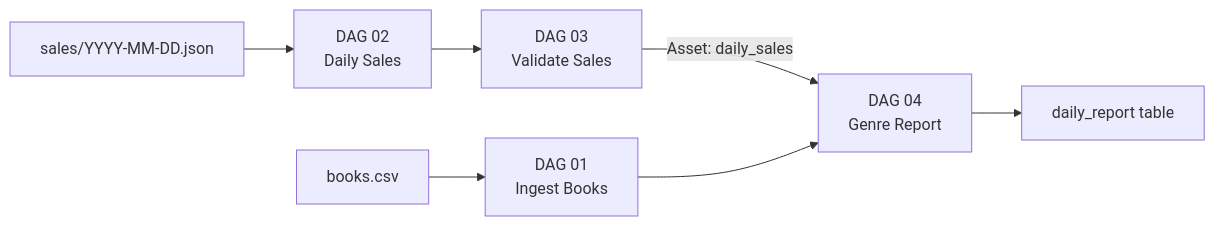
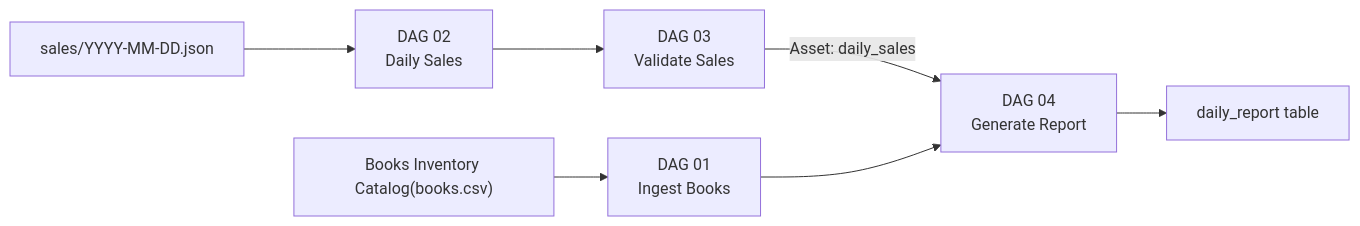
The diagram in slides/pages/intro.md (thelearningdev/airlfow-workshop), drawn with Mermaid before and after one commit. The commit also changed other lines of this file and 30 other files, not shown here.

````diff
--- a/slides/pages/intro.md
+++ b/slides/pages/intro.md
@@ -102,9 +102,9 @@
 ```mermaid
 flowchart LR
-    A["books.csv"] --> D1["DAG 01\nIngest Books"]
+    A["Books Inventory Catalog(books.csv)"] --> D1["DAG 01\nIngest Books"]
     B["sales/YYYY-MM-DD.json"] --> D2["DAG 02\nDaily Sales"]
     D2 --> D3["DAG 03\nValidate Sales"]
-    D3 -->|"Asset: daily_sales"| D4["DAG 04\nGenre Report"]
+    D3 -->|"Asset: daily_sales"| D4["DAG 04\n Generate Report"]
     D1 --> D4
     D4 --> T["daily_report table"]
 ```
````
